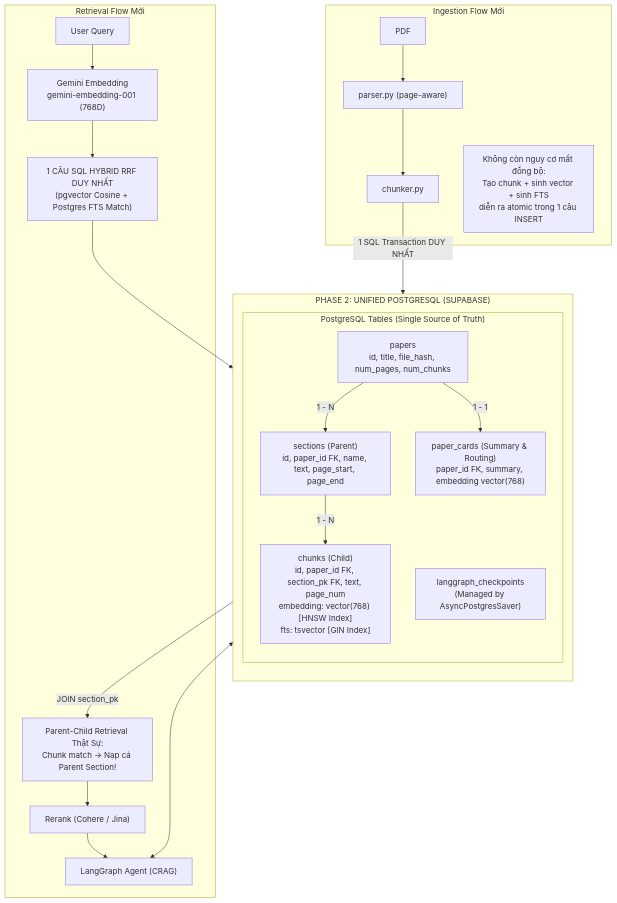
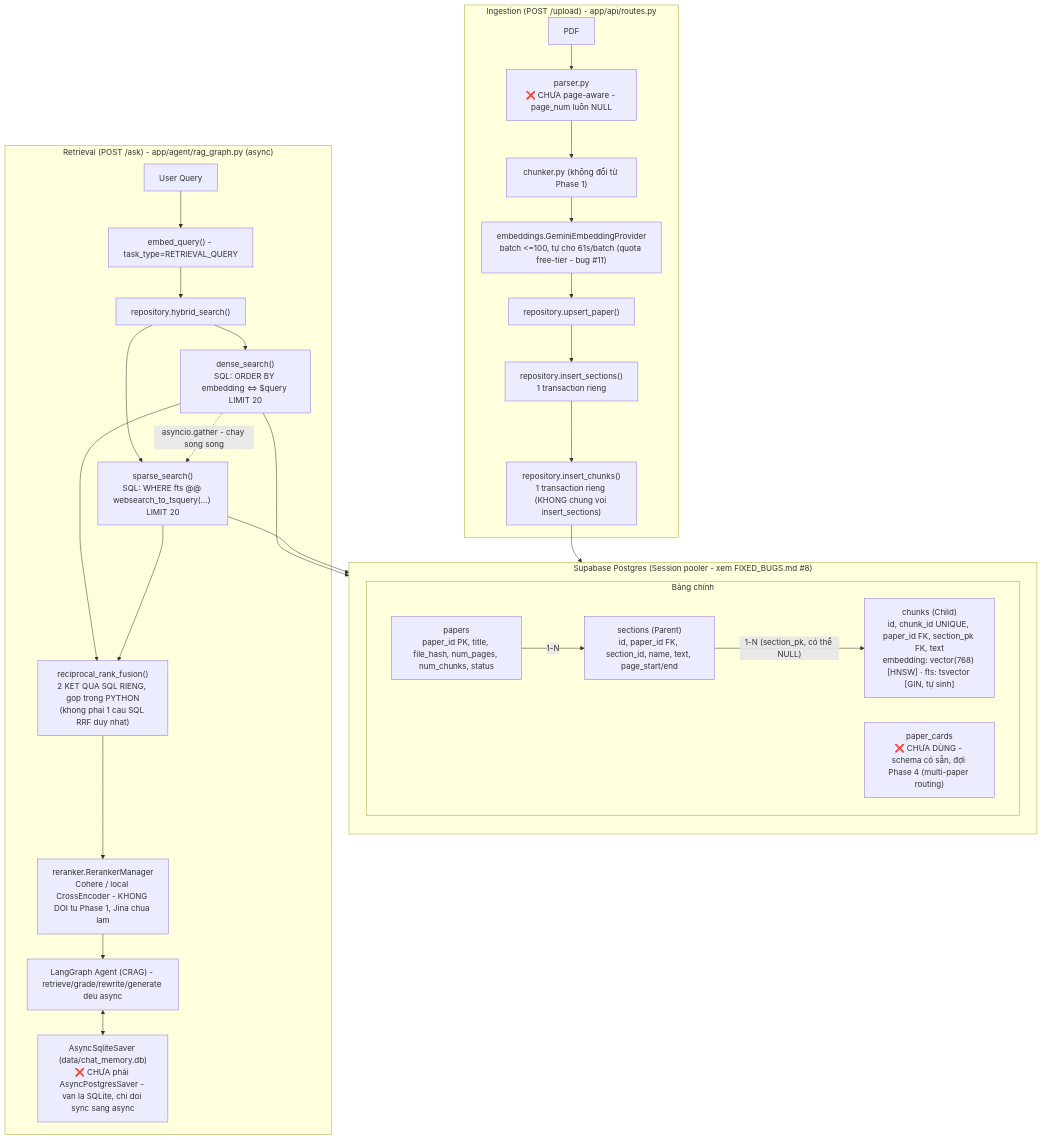
One commit to KhoaYakult/arxiv-agentic-rag changed the third of 3 diagrams in docs/diagrams.md. Above: the diagram before and after it, drawn with Mermaid. The commit also changed other lines of this file and 2 other files, not shown here.

````diff
--- a/docs/diagrams.md
+++ b/docs/diagrams.md
@@ -128,37 +132,43 @@
 ```mermaid
 flowchart TD
-    subgraph PHASE2_STORAGE ["PHASE 2: UNIFIED POSTGRESQL (SUPABASE)"]
+    subgraph PG ["Supabase Postgres (Session pooler - xem FIXED_BUGS.md #8)"]
         direction TB
-        
-        subgraph TABLES ["PostgreSQL Tables (Single Source of Truth)"]
-            T_PAPERS["papers<br/>id, title, file_hash, num_pages, num_chunks"]
-            T_SECTS["sections (Parent)<br/>id, paper_id FK, name, text, page_start, page_end"]
-            T_CHUNKS["chunks (Child)<br/>id, paper_id FK, section_pk FK, text, page_num<br/>embedding: vector(768) [HNSW Index]<br/>fts: tsvector [GIN Index]"]
-            T_CARDS["paper_cards (Summary & Routing)<br/>paper_id FK, summary, embedding vector(768)"]
-            T_CHECKPOINT["langgraph_checkpoints<br/>(Managed by AsyncPostgresSaver)"]
+
+        subgraph TABLES ["Bảng chính"]
+            T_PAPERS["papers<br/>paper_id PK, title, file_hash, num_pages, num_chunks, status"]
+            T_SECTS["sections (Parent)<br/>id, paper_id FK, section_id, name, text, page_start/end"]
+            T_CHUNKS["chunks (Child)<br/>id, chunk_id UNIQUE, paper_id FK, section_pk FK, text<br/>embedding: vector(768) [HNSW] · fts: tsvector [GIN, tự sinh]"]
+            T_CARDS["paper_cards<br/>❌ CHƯA DÙNG - schema có sẵn, đợi Phase 4 (multi-paper routing)"]
         end
 
-        T_PAPERS -->|"1 - N"| T_SECTS
-        T_SECTS -->|"1 - N"| T_CHUNKS
-        T_PAPERS -->|"1 - 1"| T_CARDS
+        T_PAPERS -->|"1-N"| T_SECTS
+        T_SECTS -->|"1-N (section_pk, có thể NULL)"| T_CHUNKS
     end
 
-    subgraph PHASE2_INGESTION ["Ingestion Flow Mới"]
-        PDF2["PDF"] --> PARSE2["parser.py (page-aware)"]
-        PARSE2 --> CHUNK2["chunker.py"]
-        CHUNK2 -->|"1 SQL Transaction DUY NHẤT"| TABLES
-        note1["Không còn nguy cơ mất đồng bộ:<br/>Tạo chunk + sinh vector + sinh FTS<br/>diễn ra atomic trong 1 câu INSERT"]
+    subgraph ING ["Ingestion (POST /upload) - app/api/routes.py"]
+        PDF2["PDF"] --> PARSE2["parser.py<br/>❌ CHƯA page-aware - page_num luôn NULL"]
+        PARSE2 --> CHUNK2["chunker.py (không đổi từ Phase 1)"]
+        CHUNK2 --> EMB2["embeddings.GeminiEmbeddingProvider<br/>batch <=100, tự cho 61s/batch (quota free-tier - bug #11)"]
+        EMB2 --> INS1["repository.upsert_paper()"]
+        INS1 --> INS2["repository.insert_sections()<br/>1 transaction rieng"]
+        INS2 --> INS3["repository.insert_chunks()<br/>1 transaction rieng (KHONG chung voi insert_sections)"]
+        INS3 --> TABLES
     end
 
-    subgraph PHASE2_RETRIEVAL ["Retrieval Flow Mới"]
-        Q2["User Query"] --> EMB_GEMINI["Gemini Embedding<br/>gemini-embedding-001 (768D)"]
-        
-        EMB_GEMINI --> SQL_QUERY["1 CÂU SQL HYBRID RRF DUY NHẤT<br/>(pgvector Cosine + Postgres FTS Match)"]
-        SQL_QUERY --> T_CHUNKS
-        
-        T_CHUNKS -->|"JOIN section_pk"| EXPAND_CTX["Parent-Child Retrieval Thật Sự:<br/>Chunk match -> Nạp cả Parent Section!"]
-        EXPAND_CTX --> RERANK2["Rerank (Cohere / Jina)"]
-        RERANK2 --> AGENT2["LangGraph Agent (CRAG)"]
-        AGENT2 <--> T_CHECKPOINT
+    subgraph RET ["Retrieval (POST /ask) - app/agent/rag_graph.py (async)"]
+        Q2["User Query"] --> EMB_GEMINI["embed_query() - task_type=RETRIEVAL_QUERY"]
+
+        EMB_GEMINI --> HSEARCH["repository.hybrid_search()"]
+        HSEARCH --> DENSE["dense_search()<br/>SQL: ORDER BY embedding <=> $query LIMIT 20"]
+        HSEARCH --> SPARSE["sparse_search()<br/>SQL: WHERE fts @@ websearch_to_tsquery(...) LIMIT 20"]
+        DENSE -.->|"asyncio.gather - chay song song"| SPARSE
+        DENSE --> RRF2["reciprocal_rank_fusion()<br/>2 KET QUA SQL RIENG, gop trong PYTHON<br/>(khong phai 1 cau SQL RRF duy nhat)"]
+        SPARSE --> RRF2
+        DENSE --> TABLES
+        SPARSE --> TABLES
+
+        RRF2 --> RERANK2["reranker.RerankerManager<br/>Cohere / local CrossEncoder - KHONG DOI tu Phase 1, Jina chua lam"]
+        RERANK2 --> AGENT2["LangGraph Agent (CRAG) - retrieve/grade/rewrite/generate deu async"]
+        AGENT2 <--> CHECKPOINT["AsyncSqliteSaver (data/chat_memory.db)<br/>❌ CHƯA phải AsyncPostgresSaver - van la SQLite, chi doi sync sang async"]
     end
 ```
````
